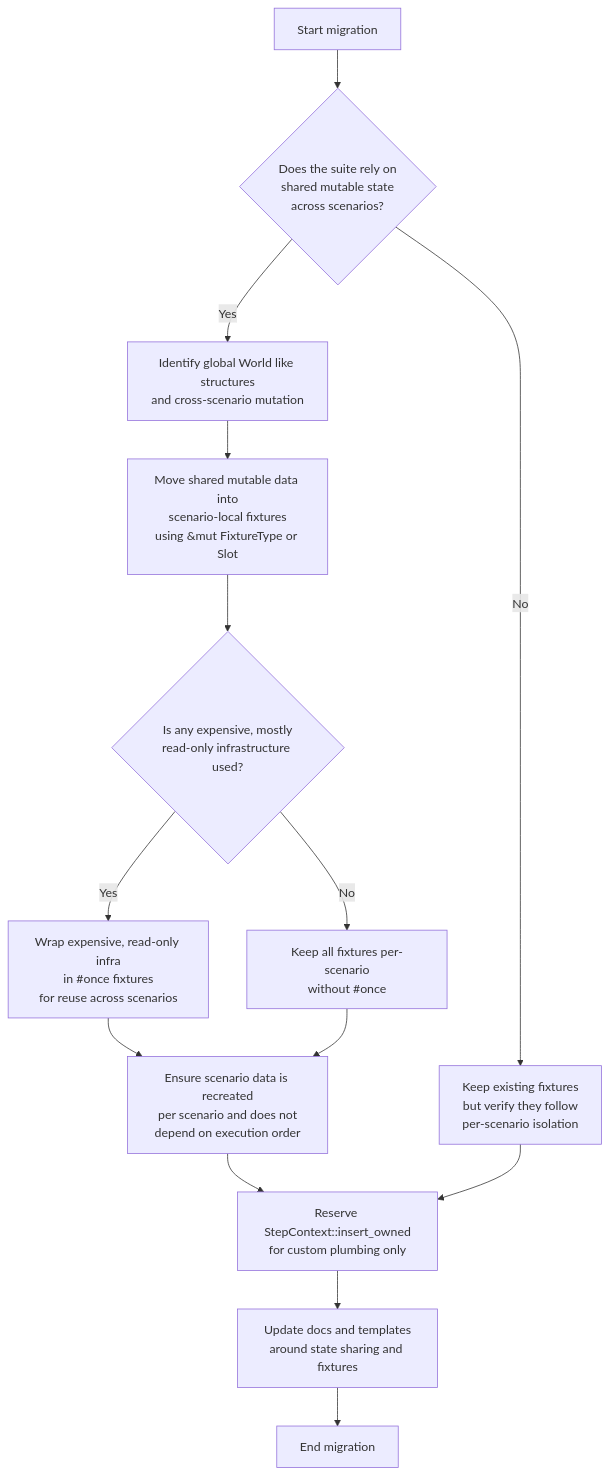
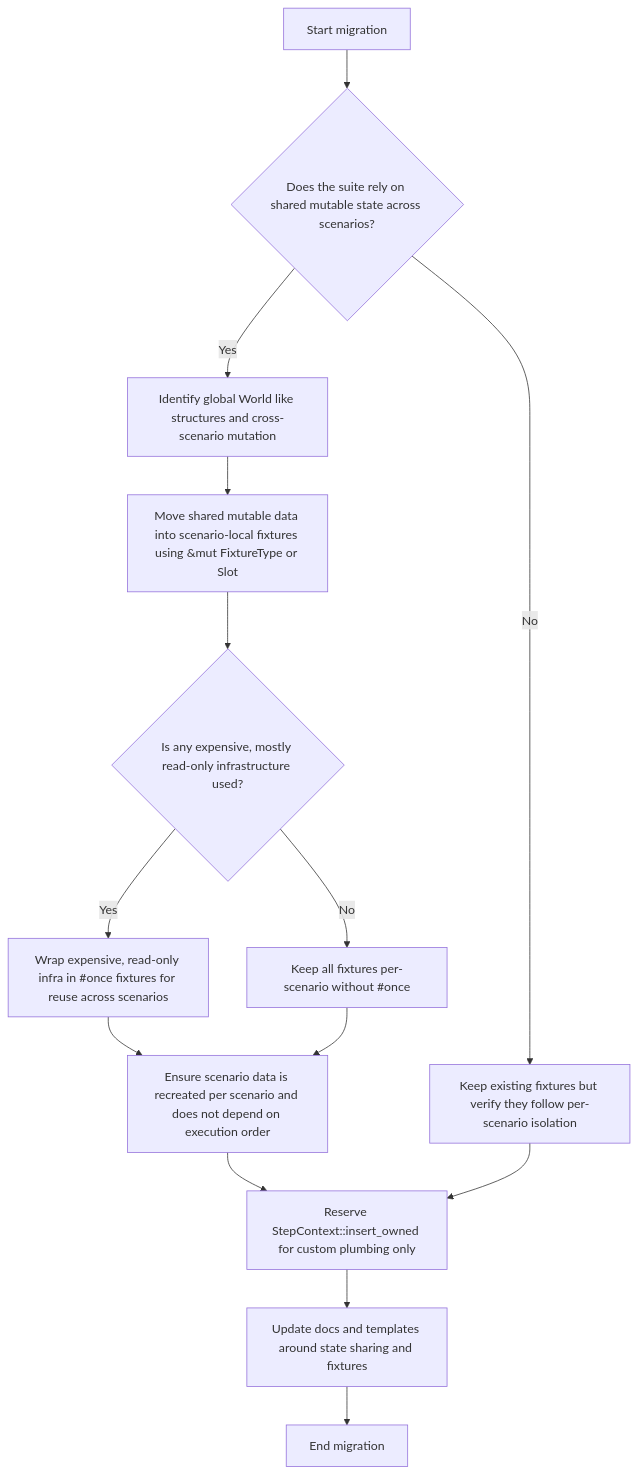
The diagram in docs/rstest-bdd-v0-5-0-migration-guide.md (leynos/gauss), drawn with Mermaid before and after one commit. The commit also changed 13 other files, not shown here.

````diff
--- a/docs/rstest-bdd-v0-5-0-migration-guide.md
+++ b/docs/rstest-bdd-v0-5-0-migration-guide.md
@@ -113,22 +113,22 @@
 ```mermaid
 flowchart TD
-    A[Start migration] --> B{"Does the suite rely on<br/>shared mutable state<br/>across scenarios?"}
+    A[Start migration] --> B{Does the suite rely on shared mutable state across scenarios?}
 
-    B -- Yes --> C["Identify global World like structures<br/>and cross-scenario mutation"]
-    C --> D["Move shared mutable data into<br/>scenario-local fixtures<br/>using &mut FixtureType or Slot"]
-    D --> E{"Is any expensive, mostly<br/>read-only infrastructure used?"}
+    B -- Yes --> C[Identify global World like structures and cross-scenario mutation]
+    C --> D[Move shared mutable data into scenario-local fixtures using &mut FixtureType or Slot]
+    D --> E{Is any expensive, mostly read-only infrastructure used?}
 
-    E -- Yes --> F["Wrap expensive, read-only infra<br/>in #once fixtures<br/>for reuse across scenarios"]
-    E -- No --> G["Keep all fixtures per-scenario<br/>without #once"]
+    E -- Yes --> F[Wrap expensive, read-only infra in #once fixtures for reuse across scenarios]
+    E -- No --> G[Keep all fixtures per-scenario without #once]
 
-    F --> H["Ensure scenario data is recreated<br/>per scenario and does not<br/>depend on execution order"]
+    F --> H[Ensure scenario data is recreated per scenario and does not depend on execution order]
     G --> H
 
-    B -- No --> I["Keep existing fixtures<br/>but verify they follow<br/>per-scenario isolation"]
+    B -- No --> I[Keep existing fixtures but verify they follow per-scenario isolation]
 
-    H --> J["Reserve StepContext::insert_owned<br/>for custom plumbing only"]
+    H --> J[Reserve StepContext::insert_owned for custom plumbing only]
     I --> J
 
-    J --> K["Update docs and templates<br/>around state sharing and fixtures"]
+    J --> K[Update docs and templates around state sharing and fixtures]
     K --> L[End migration]
 ```
````
